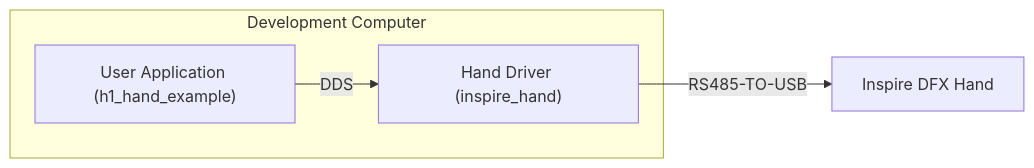
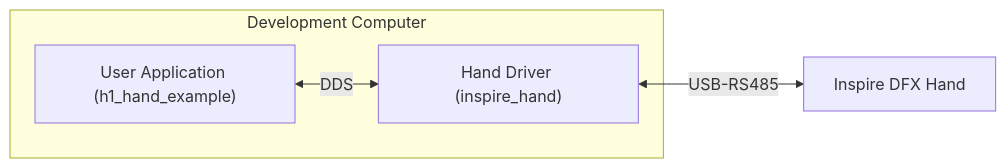
Before and after one commit to westonrobot/docs: the third of 4 diagrams in tutorial/unitree/g1_dev_guide.md, drawn with Mermaid. The commit also changed other lines of this file and 2 other files, not shown here.

````diff
--- a/tutorial/unitree/g1_dev_guide.md
+++ b/tutorial/unitree/g1_dev_guide.md
@@ -241,10 +243,10 @@
 ```mermaid
 flowchart LR
     subgraph DC["Development Computer"]
         UA
         DR
     end
 
-    UA["User Application (h1_hand_example)"] --> |"DDS"| DR["Hand Driver (inspire_hand)"]
-    DR --> |"RS485-TO-USB"| HD["Inspire DFX Hand"]
+    UA["User Application (h1_hand_example)"] <--> |"DDS"| DR["Hand Driver (inspire_hand)"]
+    DR <--> |"USB-RS485"| HD["Inspire DFX Hand"]
 ```
````
